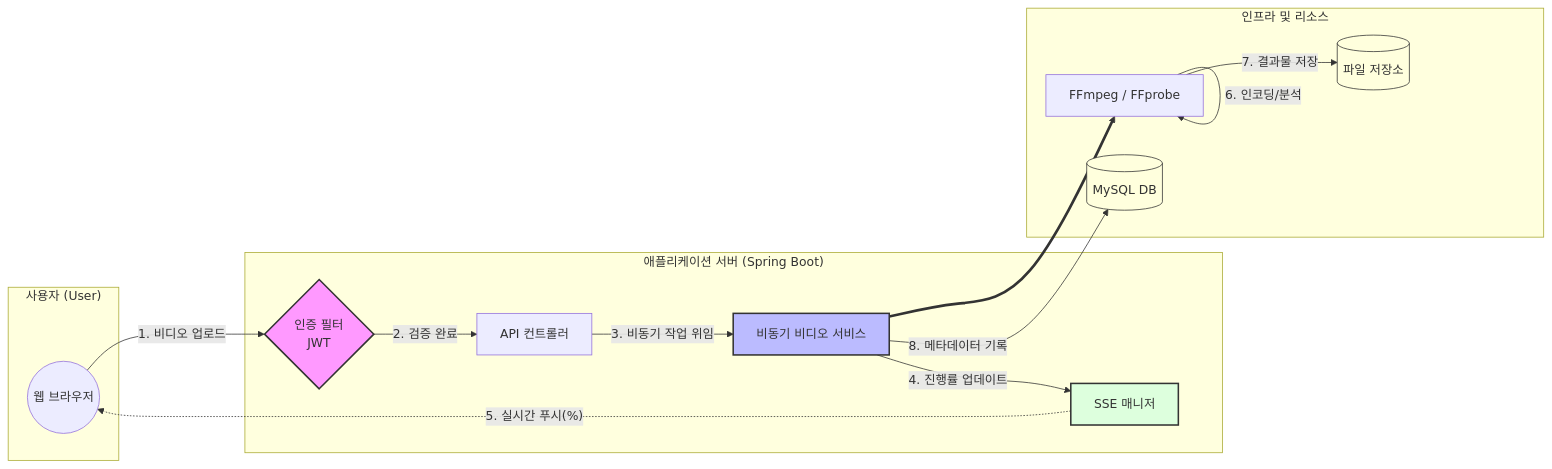
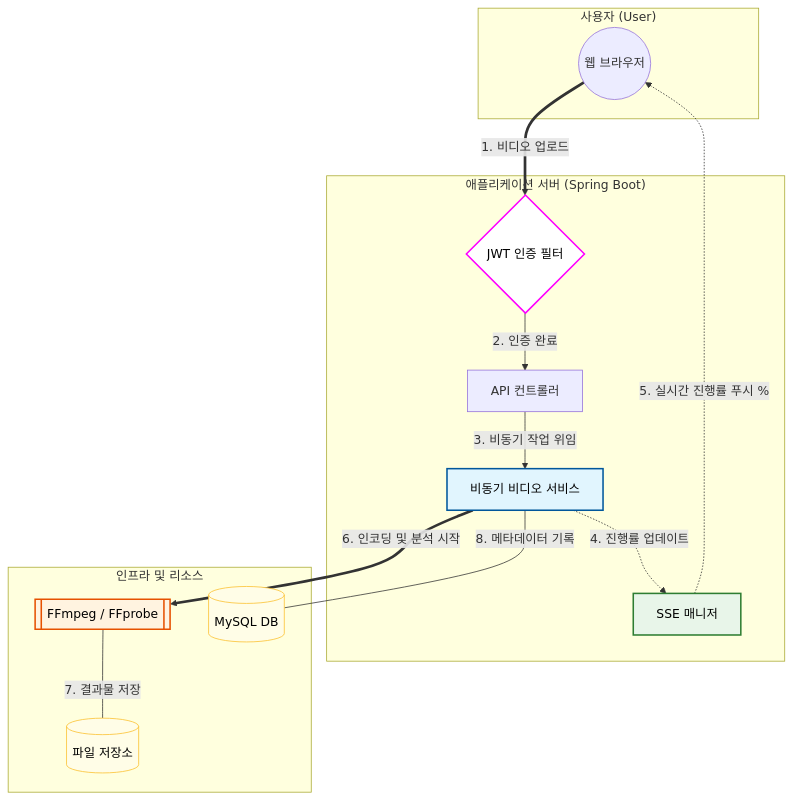
The diagram in README.md (sewoong-An/streaming), drawn with Mermaid before and after one commit.

````diff
--- a/README.md
+++ b/README.md
@@ -43,39 +43,42 @@
 ```mermaid
-graph LR
+graph TD
+    %% 사용자 영역
     subgraph "사용자 (User)"
-        Client((웹 브라우저))
+        User((웹 브라우저))
     end
 
+    %% 서버 영역
     subgraph "애플리케이션 서버 (Spring Boot)"
-        Auth{인증 필터<br/>JWT}
+        Auth{JWT 인증 필터}
         Ctrl[API 컨트롤러]
         Svc[비동기 비디오 서비스]
         SSE[SSE 매니저]
     end
 
+    %% 리소스 영역
     subgraph "인프라 및 리소스"
-        FF[FFmpeg / FFprobe]
+        FF[[FFmpeg / FFprobe]]
         Storage[(파일 저장소)]
         DB[(MySQL DB)]
     end
 
-    %% 흐름 정의
-    Client -- "1. 비디오 업로드" --> Auth
-    Auth -- "2. 검증 완료" --> Ctrl
-    Ctrl -- "3. 비동기 작업 위임" --> Svc
+    %% 흐름 연결 (강조선 사용)
+    User ==>|1. 비디오 업로드| Auth
+    Auth -->|2. 인증 완료| Ctrl
+    Ctrl -->|3. 비동기 작업 위임| Svc
     
-    Svc -- "4. 진행률 업데이트" --> SSE
-    SSE -. "5. 실시간 푸시(%)" .-> Client
+    Svc -.->|4. 진행률 업데이트| SSE
+    SSE -.->|5. 실시간 진행률 푸시 %| User
     
-    Svc ==> FF
-    FF -- "6. 인코딩/분석" --> FF
-    FF -- "7. 결과물 저장" --> Storage
-    Svc -- "8. 메타데이터 기록" --> DB
+    Svc ==>|6. 인코딩 및 분석 시작| FF
+    FF --- |7. 결과물 저장| Storage
+    Svc --- |8. 메타데이터 기록| DB
 
-    %% 스타일링
-    style Auth fill:#f9f,stroke:#333,stroke-width:2px
-    style Svc fill:#bbf,stroke:#333,stroke-width:2px
-    style SSE fill:#dfd,stroke:#333,stroke-width:2px
-    style Storage fill:#ffd,stroke:#333
-    style DB fill:#ffd,stroke:#333
+    %% 스타일 설정 (명확한 대비)
+    style Auth fill:#ffffff,stroke:#ff00ff,stroke-width:2px,color:#000
+    style Svc fill:#e1f5fe,stroke:#01579b,stroke-width:2px,color:#000
+    style SSE fill:#e8f5e9,stroke:#2e7d32,stroke-width:2px,color:#000
+    style FF fill:#fff3e0,stroke:#e65100,stroke-width:2px,color:#000
+    style DB fill:#fffde7,stroke:#fbc02d,color:#000
+    style Storage fill:#fffde7,stroke:#fbc02d,color:#000
 ```
````
